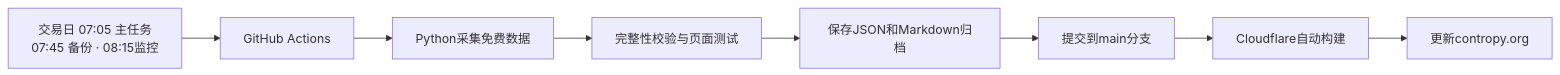
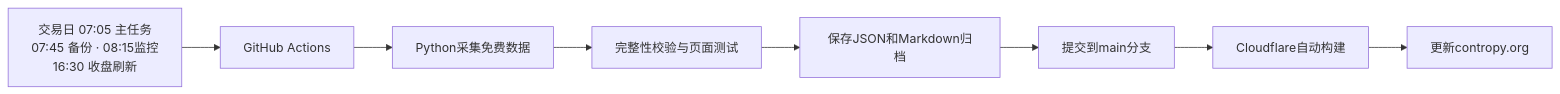
The diagram in README.md (liao497/contropy-site), drawn with Mermaid before and after one commit. The commit also changed other lines of this file and 7 other files, not shown here.

````diff
--- a/README.md
+++ b/README.md
@@ -27,10 +27,10 @@
 ```mermaid
 flowchart LR
-    A[交易日 07:05 主任务<br/>07:45 备份 · 08:15监控] --> B[GitHub Actions]
+    A[交易日 07:05 主任务<br/>07:45 备份 · 08:15监控<br/>16:30 收盘刷新] --> B[GitHub Actions]
     B --> C[Python采集免费数据]
     C --> D[完整性校验与页面测试]
     D --> E[保存JSON和Markdown归档]
     E --> F[提交到main分支]
     F --> G[Cloudflare自动构建]
     G --> H[更新contropy.org]
 ```
````
